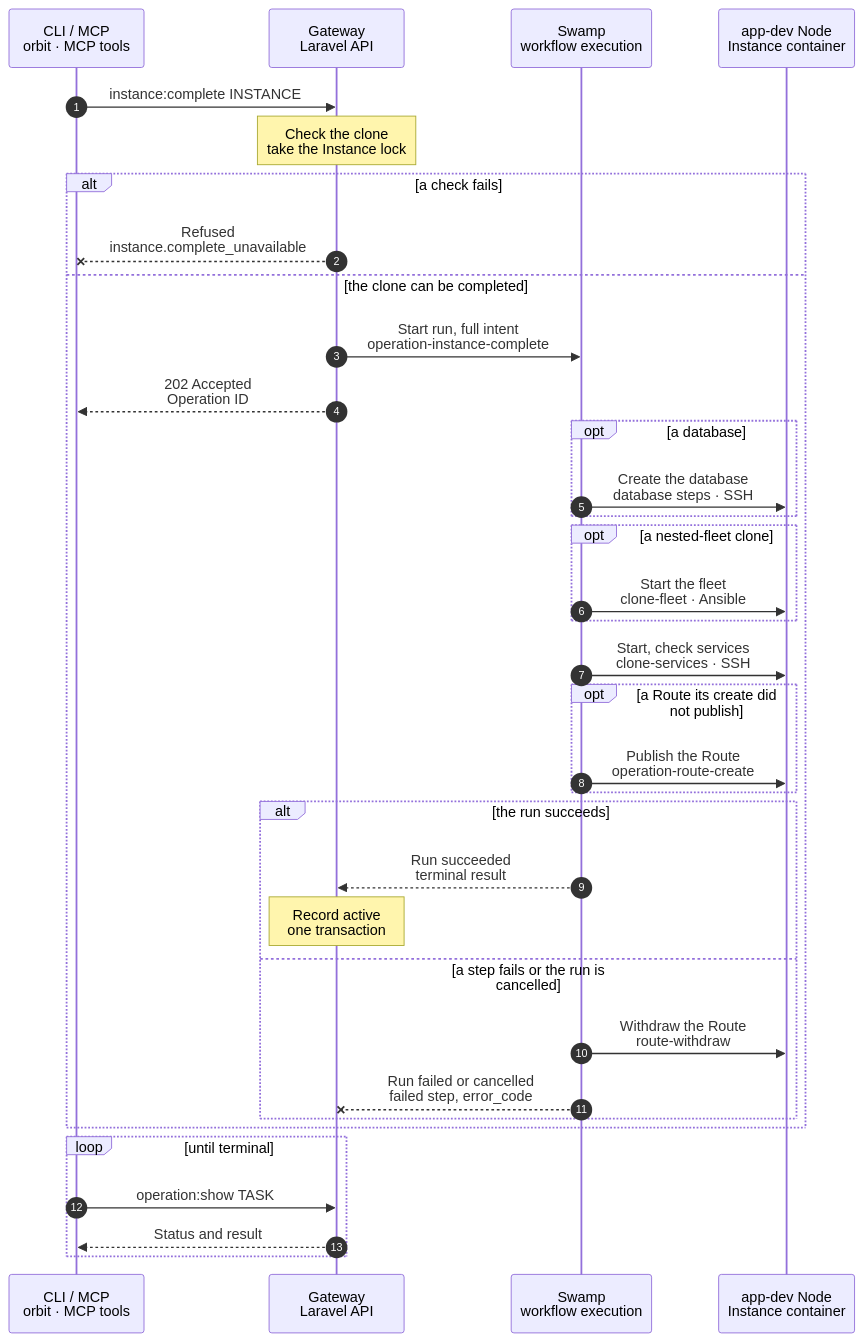
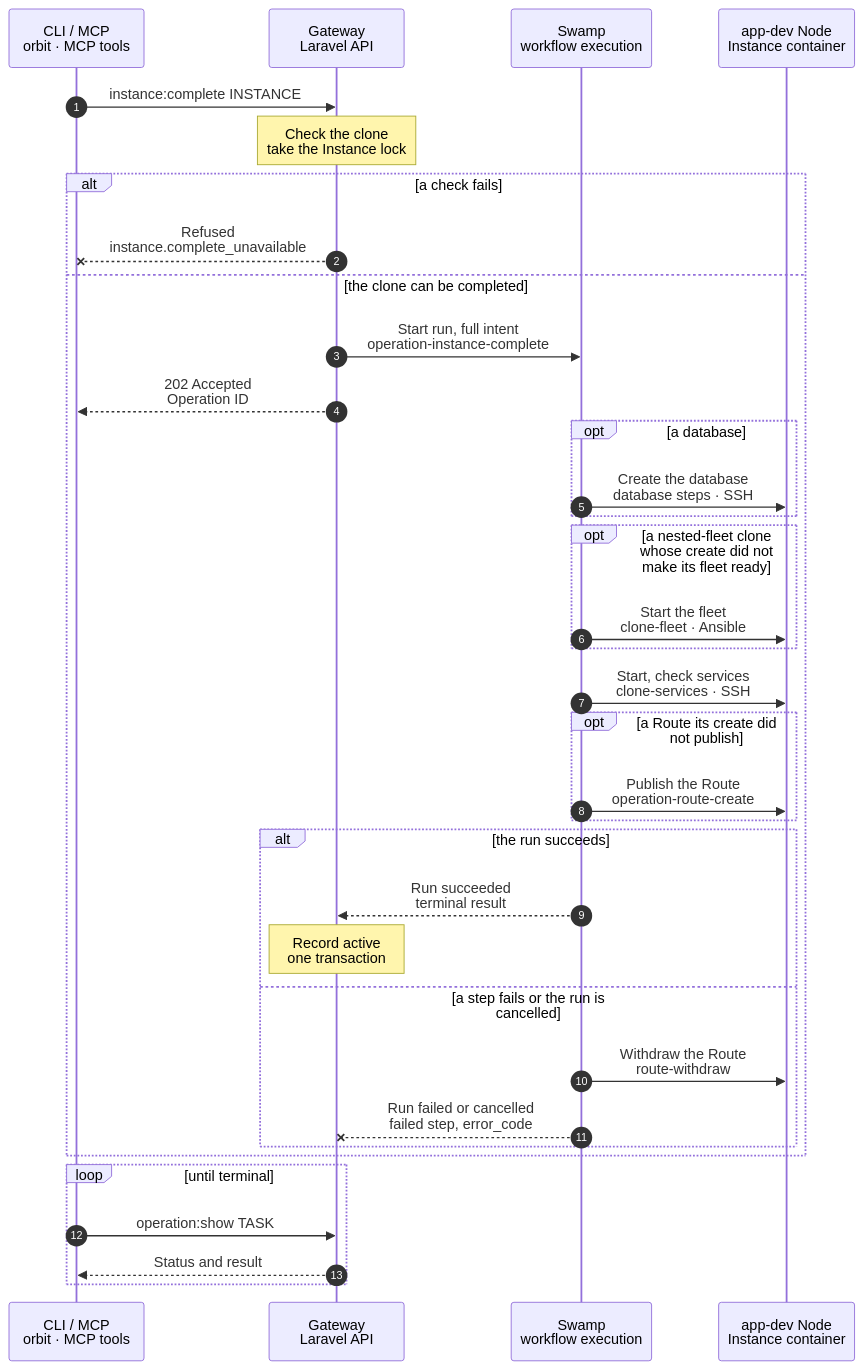
The diagram in docs/cli/instance/complete.mmd (hardimpactdev/orbit), drawn with Mermaid before and after one commit. The commit also changed 34 other files, not shown here.

First line of the commit message:
Wait for a nested-fleet clone's fleet on the engine, and skip clone-fleet in its completion

```diff
--- a/docs/cli/instance/complete.mmd
+++ b/docs/cli/instance/complete.mmd
@@ -1,105 +1,106 @@
 sequenceDiagram
   %% Target design (docs/reference/development-containers.md#complete-a-clone and #a-clone-create-is-two-operations): the second Operation of a clone create. It starts the Processes, fills the database, starts a nested fleet, publishes the Route when its create did not, and checks the clone; only its success makes the clone `active`.
   %% Decided by the owner (2026-11-14): the create publishes the address when its Route Nodes are free at admission (container/create.mmd). The completion publishes only a Route that is not published: Nodes held at the create's admission, a publication that failed in the create, or a retry after a failed publication.
   %% status: draft
   %% command: instance:complete
   %% kind: instance.complete
   autonumber
   %% lane CL icon=terminal pill=caller tone=gray
   %% lane GW icon=gateway pill=intent tone=blue
   %% lane SW icon=workflow pill=executes tone=green
   %% lane N icon=server pill=target tone=amber
   participant CL as CLI / MCP<br/>orbit · MCP tools
   participant GW as Gateway<br/>Laravel API
   participant SW as Swamp<br/>workflow execution
   participant N as app-dev Node<br/>Instance container
   CL->>GW: instance:complete INSTANCE
   %%> Command:
   %%> - `orbit instance:complete 42`
   %%> - syntax: `instance:complete <instance> [--json]`
   %%> Callers:
   %%> - the command, to retry after a failed completion
   %%> - the create's terminal projection, in the same transaction that ends the create
   Note over GW: Check the clone<br/>take the Instance lock
   %%> Requirements:
   %%> - a container clone, `source_resolved`, with its starting commit recorded
   %%> - its T3 server is registered
   %%> - no other Operation holds the Instance
   %%> Captures:
   %%> - the create's admitted database plan and Processes
   %%> - a Route whose sites are not published: its publication from the current site catalog, and its serving Nodes held from admission to the end, as Route create does
   %%> - a Route the create published: no publication and no Node hold
   alt a check fails
     %% path: refused
     GW--xCL: Refused<br/>instance.complete_unavailable
     %%> Result:
     %%> - nothing changes; no Operation starts
     %%> - a held Instance lock refuses with `operation.target_busy`
   else the clone can be completed
     %% path: main
     GW->>SW: Start run, full intent<br/>operation-instance-complete
     %%> What it sends:
     %%> - the intent with the launcher program, and one vault copy: the release scripts beside the Process files, one line
     GW-->>CL: 202 Accepted<br/>Operation ID
     opt a database
       SW->>N: Create the database<br/>database steps · SSH
       %%> What it does:
       %%> - the clone's own database on the default's server, then a copy of the default's data; the clone's own Valkey user beside it
       %%> On failure:
       %%> - `failed_step: database`
     end
-    opt a nested-fleet clone
+    opt a nested-fleet clone whose create did not make its fleet ready
       SW->>N: Start the fleet<br/>clone-fleet · Ansible
       %%> What it does:
+      %%> - runs only when the create's result has no `fleet_ready`: a Swamp create, or a seed without the tunnel's boot unit
       %%> - starts the nested containers and waits for Doctor and the three agents
       %%> - runs under `ic-clone-fleet-<node>-<instance id % 64>`, one of 64 names per Node; copies started at once start their fleets side by side, because Swamp fails a step that waits 60 s for a name another run holds
       %%> On failure:
       %%> - `failed_step: fleet` with the fleet phase's code
     end
     SW->>N: Start, check services<br/>clone-services · SSH
     %%> What it does:
     %%> - one dispatch: stages the release scripts from the completion's one copy into this run's own private folder; the create's folder is not read
     %%> - the services: PHP settings, file rights, Process files, web config, the Node store, then the units
     %%> - file rights: root's workspace pass, the same program as a deployment's (swamp/ansible/instance_workspace_owner.py): the group gets back what the owner has, and `agent` gets each entry that `orbit` owns, a link itself and never its target (ADR 0268); a copy of an older seed gets its owner here
     %%> - refuses when the checkout mark names another Instance
     %%> - writes no tracked file: the user's work in the checkout stays as it is
     %%> - then the check: the checkout mark, the agent's Git identity, PHP and every running unit
     %%> On failure:
     %%> - the stage or the services: `failed_step: workspace`
     %%> - a dead unit: `failed_step: check`, `instance.container_process_inactive` with its `process_failure` receipt
     opt a Route its create did not publish
       SW->>N: Publish the Route<br/>operation-route-create
       %%> When:
       %%> - in its own job, beside the container steps from the run's start
       %%> - only when the admission captured the Route: Nodes held at the create's admission, `route_publication: failed`, or a retry after a failed publication
       %%> What it does:
       %%> - the Route create children unchanged: CSR, sign, site, TLS probe
       %%> On failure:
       %%> - `failed_step: route`
     end
     alt the run succeeds
       %% path: completed
       SW-->>GW: Run succeeded<br/>terminal result
       Note over GW: Record active<br/>one transaction
       %%> Result:
       %%> - the Route is `active`, then the Instance `active` with `first_setup_pending` false
       %%> - for a task copy, in the same transaction, its reserved task runs and the task's completion-failure assistance request ends; any other request stays
     else a step fails or the run is cancelled
       %% path: failed
       SW->>N: Withdraw the Route<br/>route-withdraw
       %%> When:
       %%> - only when this run's Route step ran; no half Route stays
       %%> - an address the create published stays up, answering 502, until a retry or `instance:destroy`, which withdraws it; a retry that succeeds keeps it as it is
       SW--xGW: Run failed or cancelled<br/>failed step, error_code
       %%> Result:
       %%> - the Instance stays `source_resolved` with `failed_step` and `error_code`; the container keeps running and T3 keeps its thread
       %%> - `recovery.retry.command` is `instance:complete`; `instance:destroy` removes the clone
       %%> - for a task copy, Orbit keeps the copy: its task stays `reserved` and asks for assistance with this retry
       %%> Retry:
       %%> - the same command runs the whole completion again, with the steps a create retry runs
     end
   end
   loop until terminal
     CL->>GW: operation:show TASK
     GW-->>CL: Status and result
   end
```
